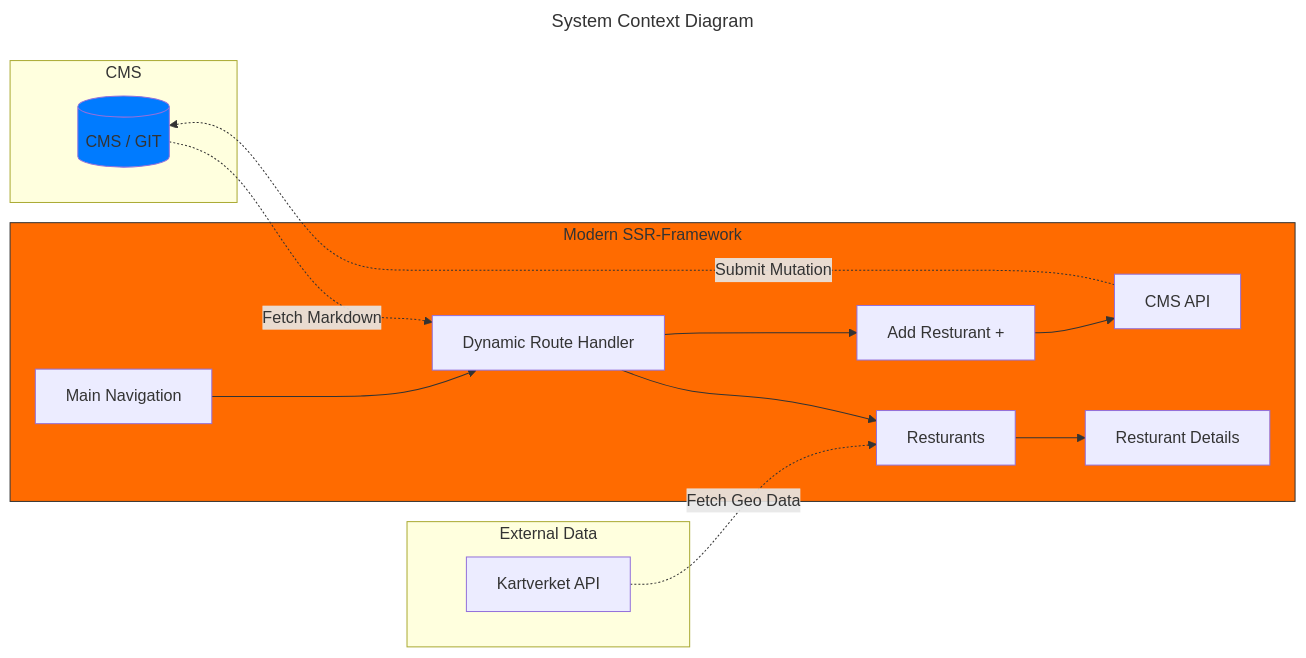
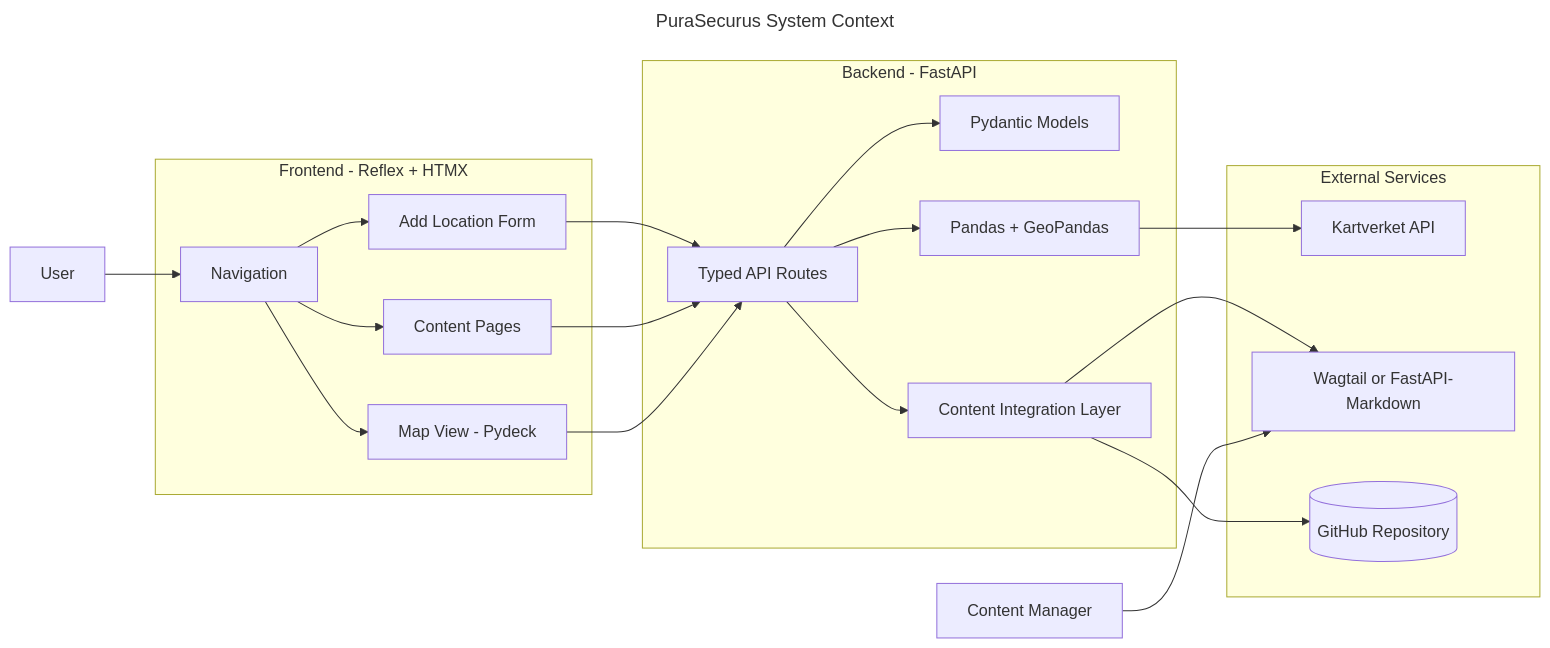
One commit to krigjo25/PuraSecurus changed the diagram in docs/SystemContextDiagram.md. Above: the diagram before and after it, drawn with Mermaid. The commit also changed 4 other files, not shown here.

Commit message:
docs(Document): 🎨 Align Diagrams with the New README structure.

````diff
--- a/docs/SystemContextDiagram.md
+++ b/docs/SystemContextDiagram.md
@@ -1,42 +1,48 @@
 ```mermaid
 ---
-title: "System Context Diagram"
+title: "PuraSecurus System Context"
 ---
 graph LR
 
-    %% Participants
-    CMS[External Data]
-    Tina[(CMS / GIT)]
-    NAV[Main Navigation]
-    Router[Dynamic Route Handler]
+    User[User]
+    Admin[Content Manager]
 
-    LP[Resturants]
-    AR[Add Resturant +]
-    D[Resturant Details]
-    API[CMS API]
-    EAPI[Kartverket API]
-
-    subgraph CMS
-        Tina
+    subgraph Frontend[Frontend - Reflex + HTMX]
+        Nav[Navigation]
+        Pages[Content Pages]
+        Form[Add Location Form]
+        MapView[Map View - Pydeck]
     end
 
-    subgraph ExternalAPI[External Data]
-        EAPI
+    subgraph Backend[Backend - FastAPI]
+        Routes[Typed API Routes]
+        Validation[Pydantic Models]
+        GeoEngine[Pandas + GeoPandas]
+        ContentAPI[Content Integration Layer]
     end
 
-    subgraph Nuxt[Modern SSR-Framework]
-        NAV --> Router
-        Tina -.-> |Fetch Markdown| Router
-        Router --> LP
-        LP --> D
-        EAPI -.-> |Fetch Geo Data| LP
-
-        Router --> AR
-        AR --> API
-        API -.-> |Submit Mutation| Tina
+    subgraph DataSources[External Services]
+        Kart[Kartverket API]
+        CMS[Wagtail or FastAPI-Markdown]
+        GitHub[(GitHub Repository)]
     end
 
-    %% styles
-    style Tina fill: #007BFF
-    style Nuxt fill:#FF6B00,stroke:#333
+    User --> Nav
+    Nav --> Pages
+    Nav --> Form
+    Nav --> MapView
+
+    Form --> Routes
+    Pages --> Routes
+    MapView --> Routes
+
+    Routes --> Validation
+    Routes --> GeoEngine
+    GeoEngine --> Kart
+
+    Routes --> ContentAPI
+    ContentAPI --> CMS
+    ContentAPI --> GitHub
+
+    Admin --> CMS
 ```
````
